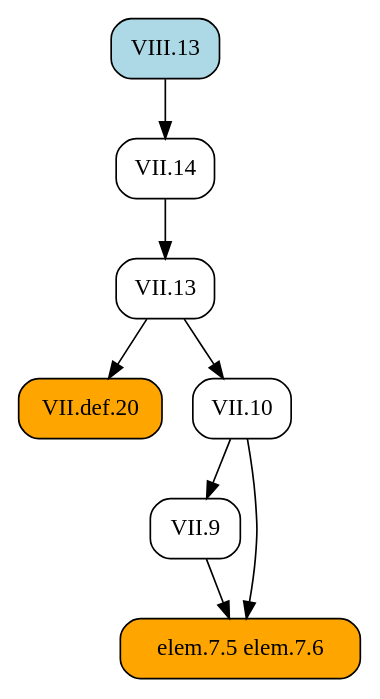
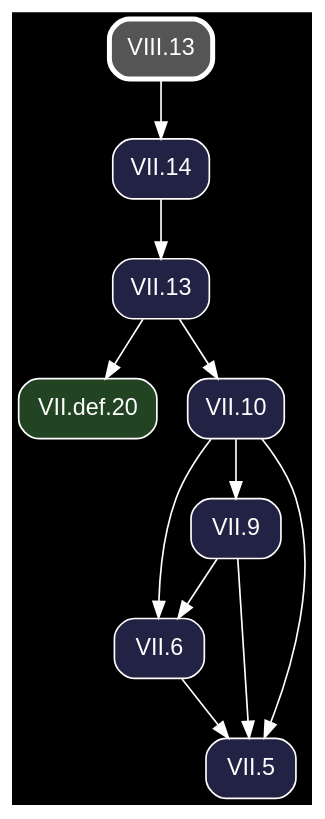
The diagram in docsrc/heath/VIII/13/index.rst (geometor/elements), drawn with Graphviz before and after one commit. The commit also changed other lines of this file and 1200 other files, not shown here.

Commit message:
update dependency graphs

```diff
--- a/docsrc/heath/VIII/13/index.rst
+++ b/docsrc/heath/VIII/13/index.rst
@@ -42,20 +42,26 @@
 .. graphviz::
 
    digraph {
+     bgcolor="black";
+     node [shape=box, style="rounded,filled", fontname="Helvetica", color="white", fontcolor="white"];
+     edge [color="white", fontcolor="white"];
      rankdir="TB";
-     node [shape=box, style=rounded];
-     "VII.13" [URL="/heath/VII/13/", target="_top"];
-     "VII.9" [URL="/heath/VII/9/", target="_top"];
-     "VIII.13" [style="rounded,filled", fillcolor=lightblue, URL="/heath/VIII/13/", target="_top"];
-     "elem.7.5 elem.7.6" [style="rounded,filled", fillcolor=orange];
-     "VII.14" [URL="/heath/VII/14/", target="_top"];
-     "VII.def.20" [style="rounded,filled", fillcolor=orange, URL="/heath/VII/def.20/", target="_top"];
-     "VII.10" [URL="/heath/VII/10/", target="_top"];
+     "VII.13" [fillcolor="#222244", URL="/heath/VII/13/", target="_top"];
+     "VII.def.20" [fillcolor="#224422", URL="/heath/VII/def.20/", target="_top"];
+     "VII.9" [fillcolor="#222244", URL="/heath/VII/9/", target="_top"];
+     "VII.10" [fillcolor="#222244", URL="/heath/VII/10/", target="_top"];
+     "VIII.13" [penwidth=3, color="white", fillcolor="#555555", URL="/heath/VIII/13/", target="_top"];
+     "VII.14" [fillcolor="#222244", URL="/heath/VII/14/", target="_top"];
+     "VII.6" [fillcolor="#222244", URL="/heath/VII/6/", target="_top"];
+     "VII.5" [fillcolor="#222244", URL="/heath/VII/5/", target="_top"];
      "VII.14" -> "VII.13";
+     "VII.13" -> "VII.def.20";
      "VII.10" -> "VII.9";
-     "VII.9" -> "elem.7.5 elem.7.6";
-     "VII.10" -> "elem.7.5 elem.7.6";
+     "VII.13" -> "VII.10";
      "VIII.13" -> "VII.14";
-     "VII.13" -> "VII.def.20";
-     "VII.13" -> "VII.10";
+     "VII.9" -> "VII.6";
+     "VII.10" -> "VII.6";
+     "VII.6" -> "VII.5";
+     "VII.9" -> "VII.5";
+     "VII.10" -> "VII.5";
    }
```
